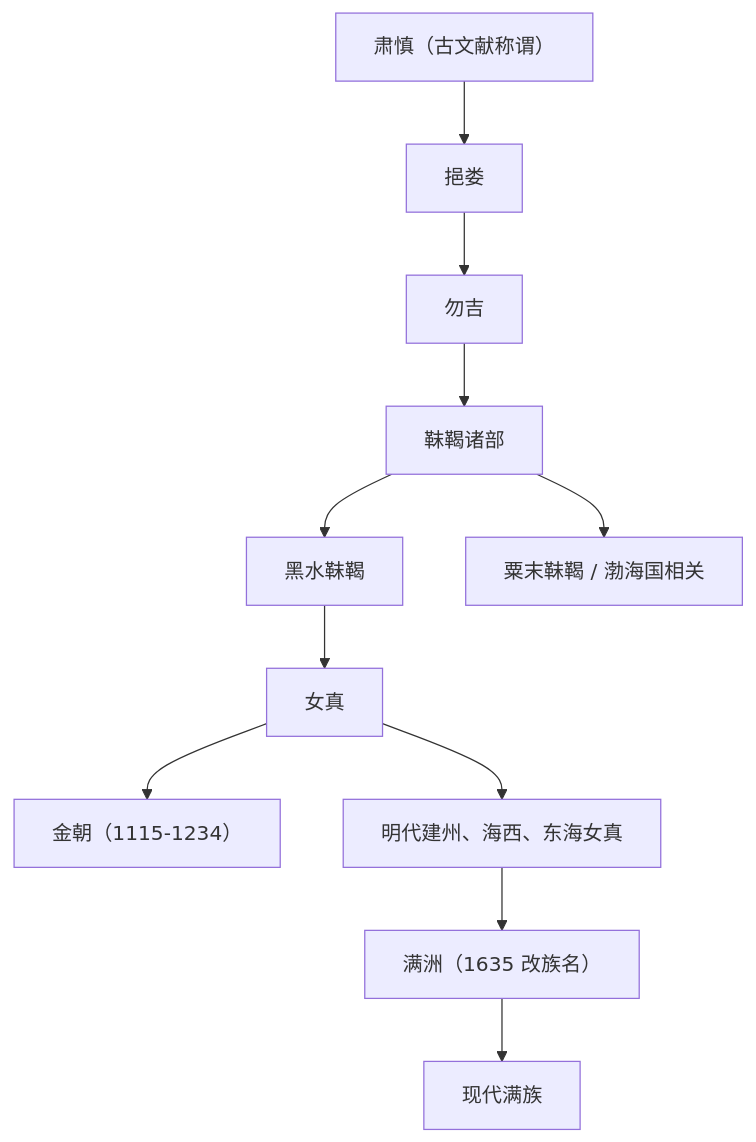
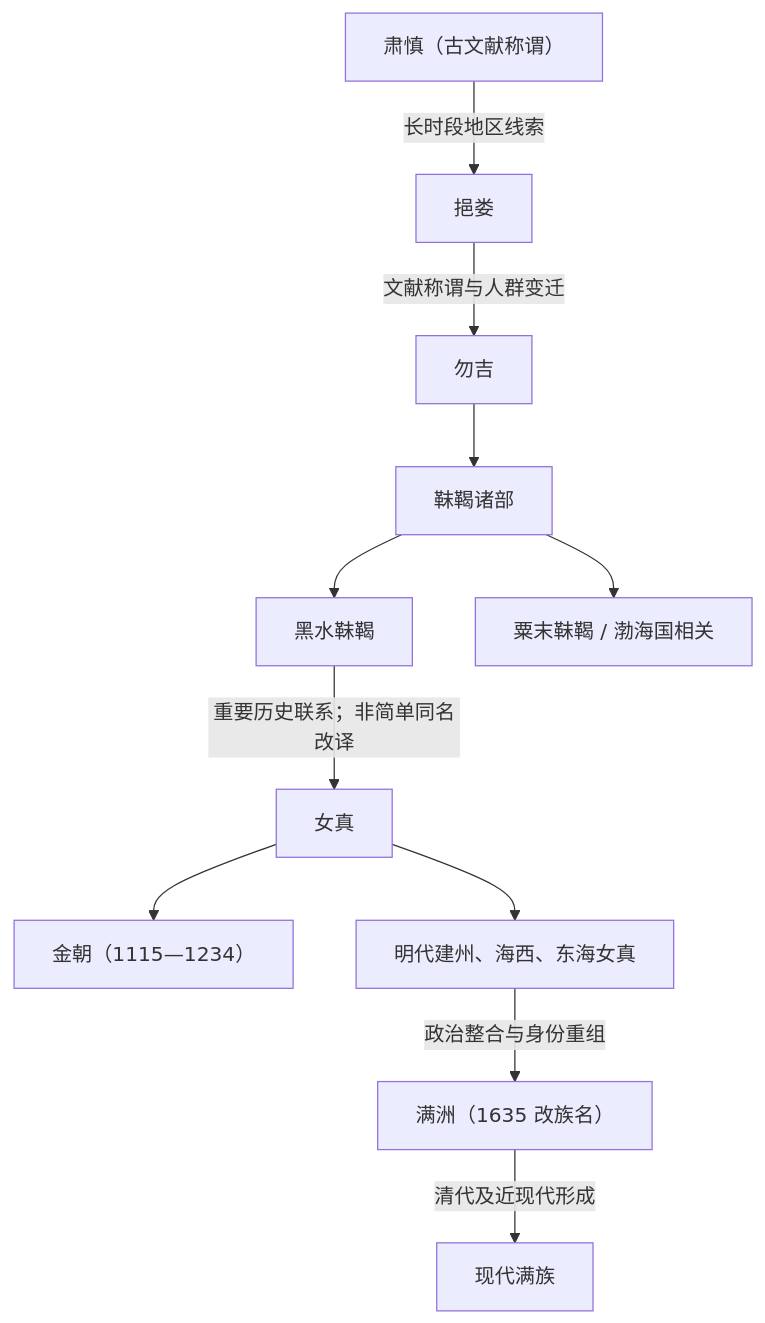
One commit to tianlan-dev/learning-notes changed the diagram in 人文科学/历史/东亚/中国/_民族/通古斯语族与肃慎/女真诸部/女真.md. Above: the diagram before and after it, drawn with Mermaid. The commit also changed other lines of this file and 180 other files, not shown here.

````diff
--- a/人文科学/历史/东亚/中国/_民族/通古斯语族与肃慎/女真诸部/女真.md
+++ b/人文科学/历史/东亚/中国/_民族/通古斯语族与肃慎/女真诸部/女真.md
@@ -10,13 +17,13 @@
 ```mermaid
 flowchart TD
-  Sushen["肃慎（古文献称谓）"] --> Yilou["挹娄"]
-  Yilou --> Wuji["勿吉"]
+  Sushen["肃慎（古文献称谓）"] -->|"长时段地区线索"| Yilou["挹娄"]
+  Yilou -->|"文献称谓与人群变迁"| Wuji["勿吉"]
   Wuji --> Mohe["靺鞨诸部"]
   Mohe --> Heishui["黑水靺鞨"]
   Mohe --> Sumo["粟末靺鞨 / 渤海国相关"]
-  Heishui --> Jurchen["女真"]
-  Jurchen --> Jin["金朝（1115-1234）"]
+  Heishui -->|"重要历史联系；非简单同名改译"| Jurchen["女真"]
+  Jurchen --> Jin["金朝（1115—1234）"]
   Jurchen --> MingJurchen["明代建州、海西、东海女真"]
-  MingJurchen --> Manju["满洲（1635 改族名）"]
-  Manju --> Manchu["现代满族"]
+  MingJurchen -->|"政治整合与身份重组"| Manju["满洲（1635 改族名）"]
+  Manju -->|"清代及近现代形成"| Manchu["现代满族"]
 ```
````
